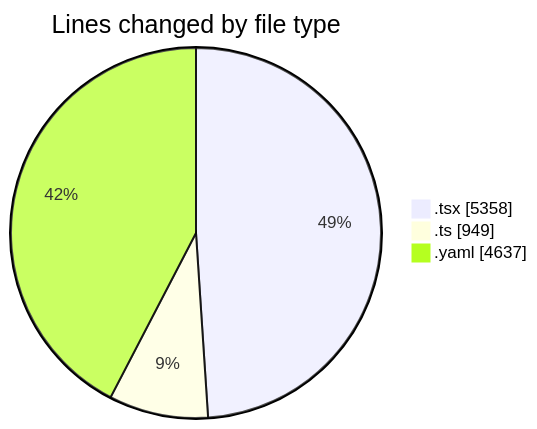
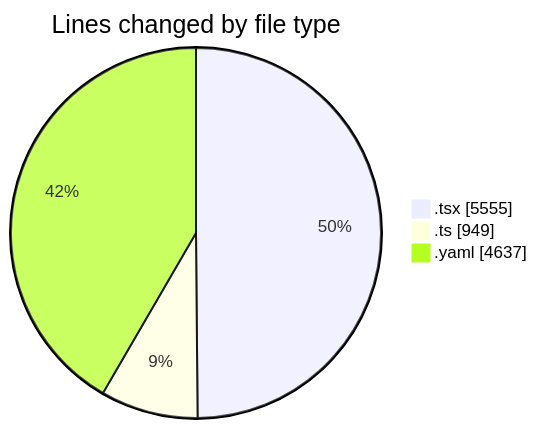
One commit to julien-gomy/code-tracking changed the first of 2 diagrams in 2025-10-13/eventscop-frontend-guide__workspace_/README.md. Above: the diagram before and after it, drawn with Mermaid. The commit also changed other lines of this file and 1 other file, not shown here.

````diff
--- a/2025-10-13/eventscop-frontend-guide__workspace_/README.md
+++ b/2025-10-13/eventscop-frontend-guide__workspace_/README.md
@@ -46,7 +48,7 @@
 ```mermaid
 pie showData
 title Lines changed by file type
-".tsx" : 5358
+".tsx" : 5555
 ".ts" : 949
 ".yaml" : 4637
 ```
````
